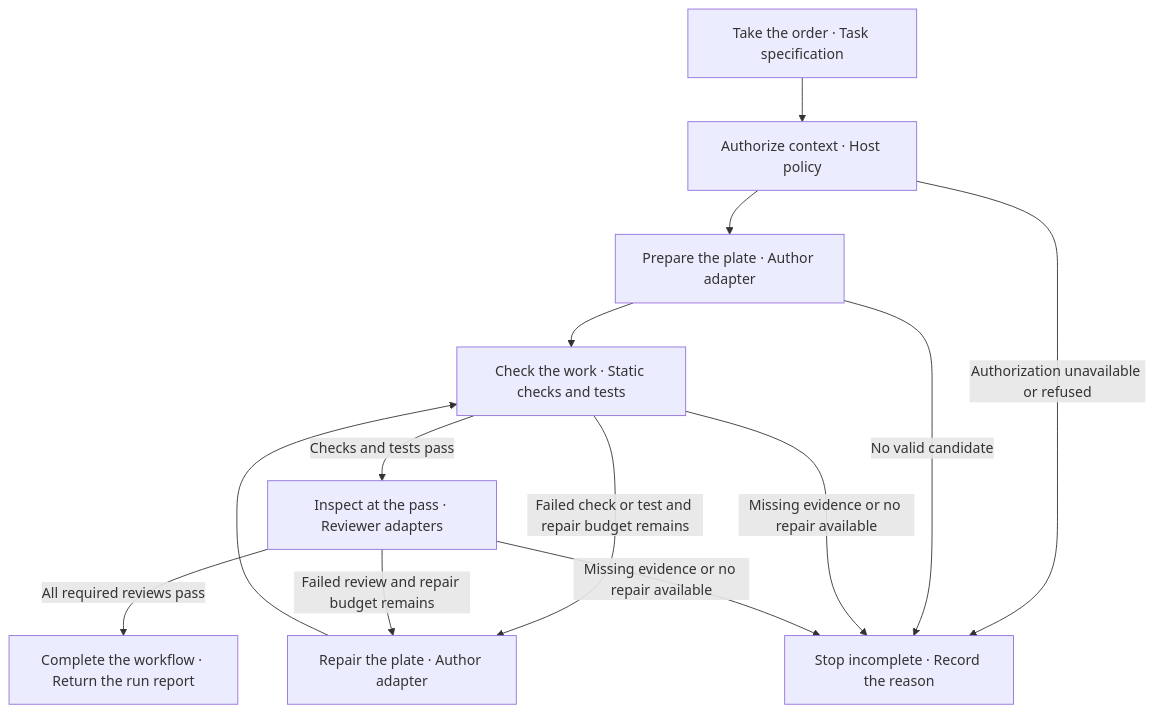
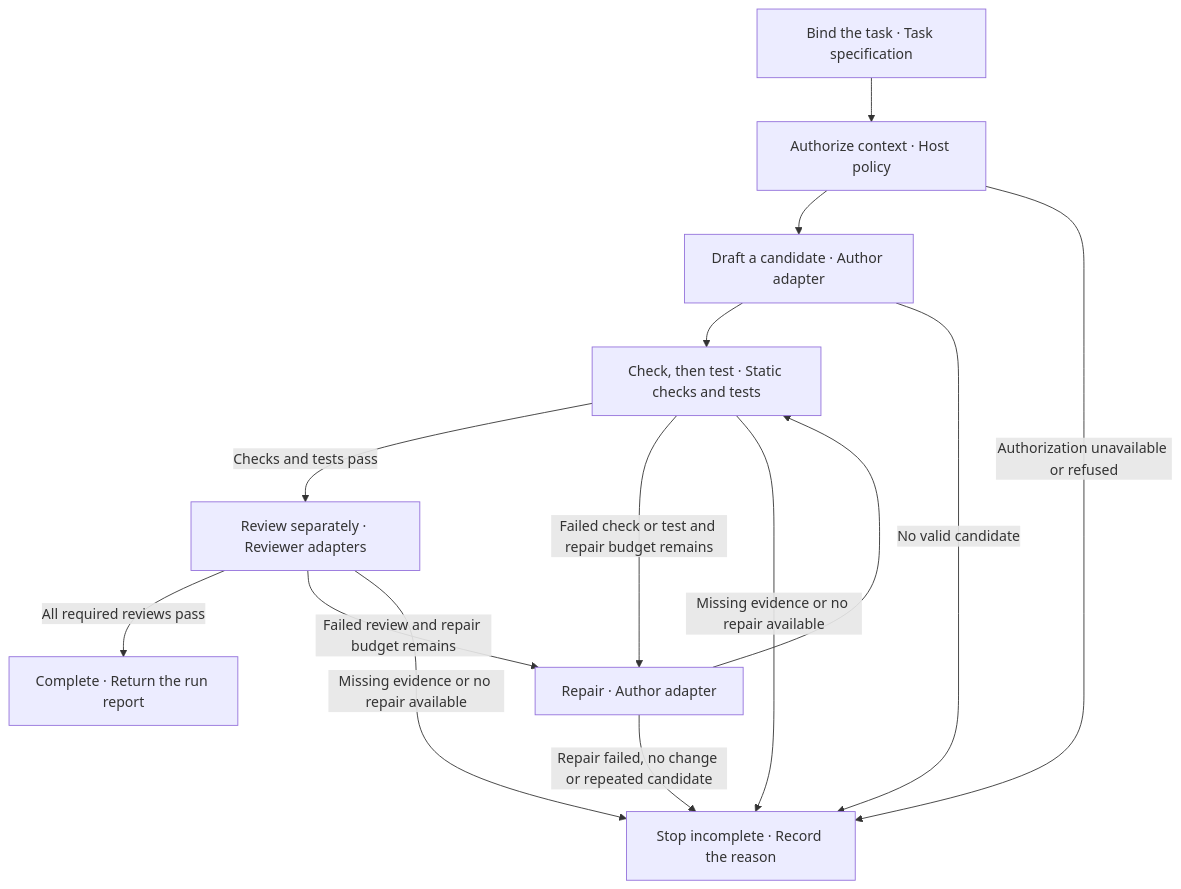
The diagram in README.md (louiscalata/nisi), drawn with Mermaid before and after one commit. The commit also changed other lines of this file and 1 other file, not shown here.

````diff
--- a/README.md
+++ b/README.md
@@ -294,23 +245,24 @@
 ```mermaid
 flowchart TD
-    order["Take the order · Task specification"]
-    ingredients["Authorize context · Host policy"]
-    cook["Prepare the plate · Author adapter"]
-    checks["Check the work · Static checks and tests"]
-    pass["Inspect at the pass · Reviewer adapters"]
-    accept["Complete the workflow · Return the run report"]
-    repair["Repair the plate · Author adapter"]
+    task["Bind the task · Task specification"]
+    context["Authorize context · Host policy"]
+    draft["Draft a candidate · Author adapter"]
+    checks["Check, then test · Static checks and tests"]
+    review["Review separately · Reviewer adapters"]
+    done["Complete · Return the run report"]
+    repair["Repair · Author adapter"]
     stop["Stop incomplete · Record the reason"]
-    order --> ingredients
-    ingredients --> cook
-    ingredients -->|Authorization unavailable or refused| stop
-    cook --> checks
-    cook -->|No valid candidate| stop
-    checks -->|Checks and tests pass| pass
+    task --> context
+    context --> draft
+    context -->|Authorization unavailable or refused| stop
+    draft --> checks
+    draft -->|No valid candidate| stop
+    checks -->|Checks and tests pass| review
     checks -->|Failed check or test and repair budget remains| repair
     checks -->|Missing evidence or no repair available| stop
-    pass -->|All required reviews pass| accept
-    pass -->|Failed review and repair budget remains| repair
-    pass -->|Missing evidence or no repair available| stop
+    review -->|All required reviews pass| done
+    review -->|Failed review and repair budget remains| repair
+    review -->|Missing evidence or no repair available| stop
     repair --> checks
+    repair -->|Repair failed, no change or repeated candidate| stop
 ```
````
